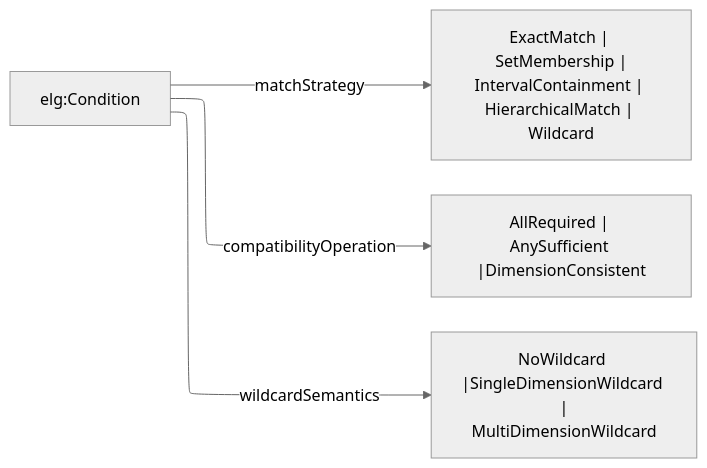
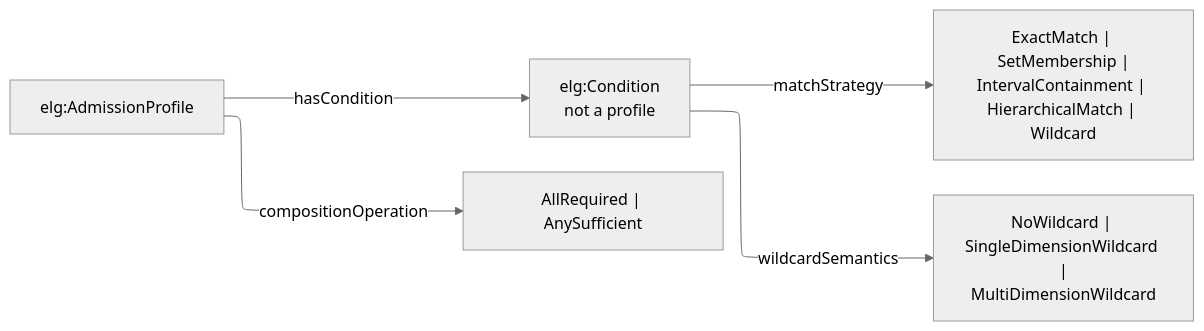
The third of 15 diagrams in ontology/eligibility/README.md (nebularis/lattice), drawn with Mermaid (neutral theme) before and after one commit. The commit also changed other lines of this file and 247 other files, not shown here.

````diff
--- a/ontology/eligibility/README.md
+++ b/ontology/eligibility/README.md
@@ -72,11 +214,13 @@
 ```mermaid
 ---
 config:
   layout: elk
 ---
 flowchart LR
-    C["elg:Condition"]
+    C["elg:Condition<br/>not a profile"]
+    P["elg:AdmissionProfile"]
     C -- "matchStrategy" --> MS["ExactMatch | SetMembership |<br/>IntervalContainment | HierarchicalMatch | Wildcard"]
-    C -- "compatibilityOperation" --> CO["AllRequired | AnySufficient |DimensionConsistent"]
-    C -- "wildcardSemantics" --> WS["NoWildcard |SingleDimensionWildcard |<br/>MultiDimensionWildcard"]
+    C -- "wildcardSemantics" --> WS["NoWildcard | SingleDimensionWildcard |<br/>MultiDimensionWildcard"]
+    P -- "compositionOperation" --> CO["AllRequired | AnySufficient"]
+    P -- "hasCondition" --> C
 ```
````
